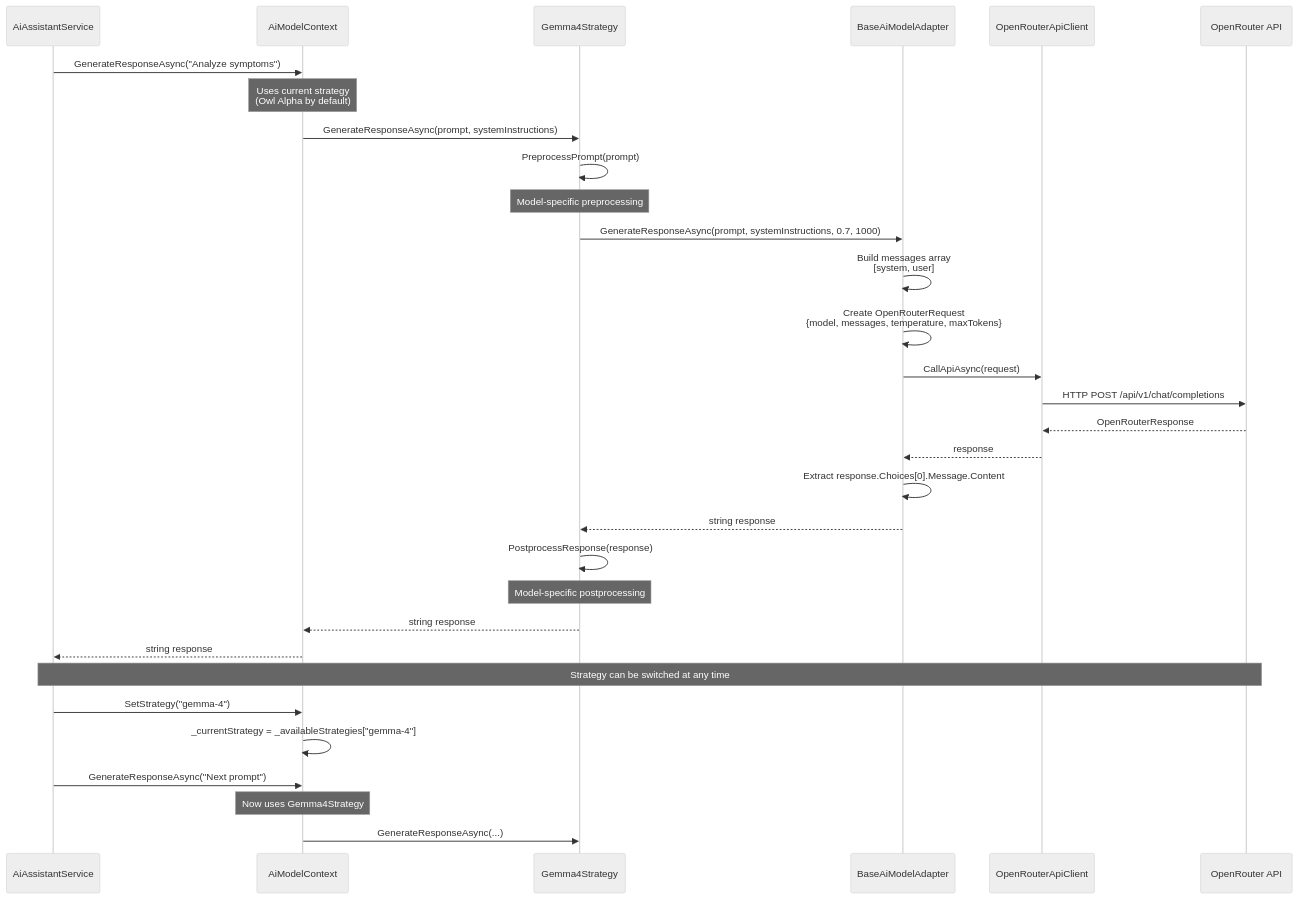
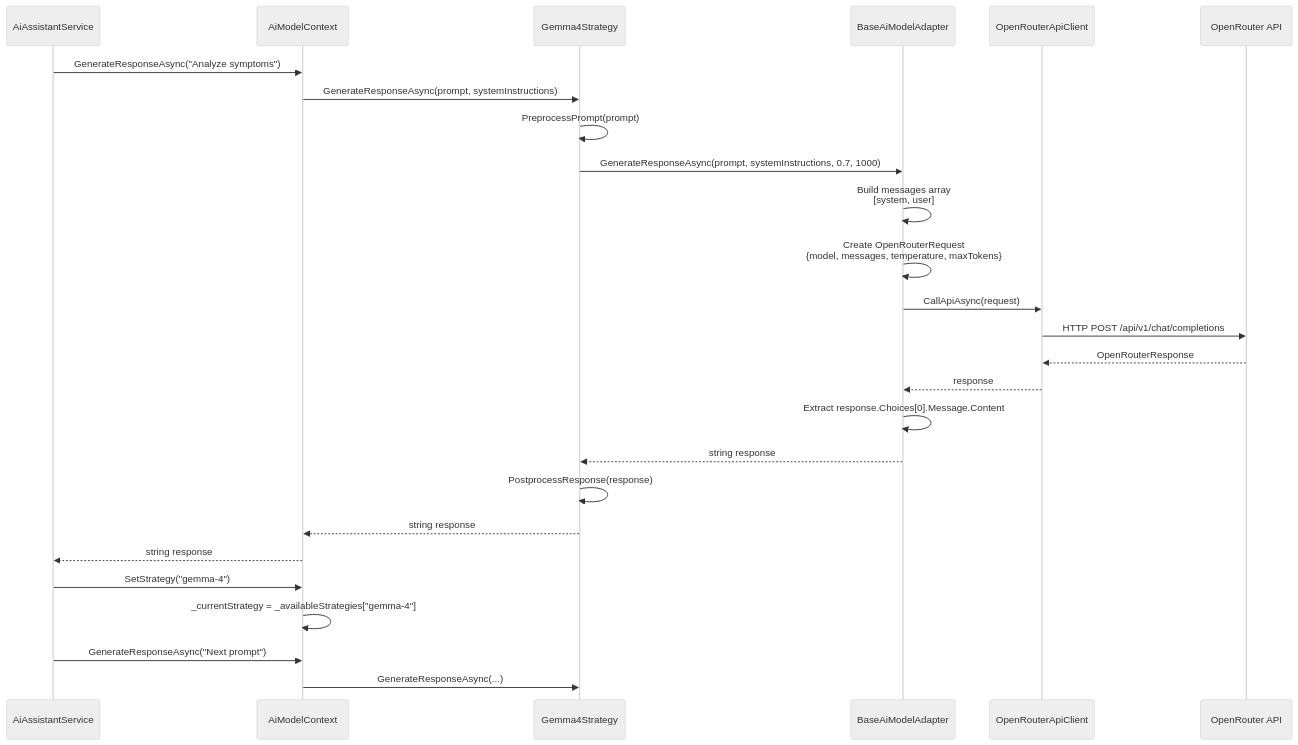
The eighth of 12 diagrams in DESIGN_PATTERNS_PROFESSIONAL.md (WeiXuan-C/ai-clinic), drawn with Mermaid (neutral theme) before and after one commit. The commit also changed other lines of this file, not shown here.

````diff
--- a/DESIGN_PATTERNS_PROFESSIONAL.md
+++ b/DESIGN_PATTERNS_PROFESSIONAL.md
@@ -1173,48 +1276,41 @@
 ```mermaid
 sequenceDiagram
     participant Client as AiAssistantService
     participant Context as AiModelContext
     participant Strategy as Gemma4Strategy
     participant Adapter as BaseAiModelAdapter
     participant API as OpenRouterApiClient
     participant External as OpenRouter API
     
     Client->>Context: GenerateResponseAsync("Analyze symptoms")
     
-    Note over Context: Uses current strategy<br/>(Owl Alpha by default)
-    
     Context->>Strategy: GenerateResponseAsync(prompt, systemInstructions)
     
     Strategy->>Strategy: PreprocessPrompt(prompt)
-    Note over Strategy: Model-specific preprocessing
     
     Strategy->>Adapter: GenerateResponseAsync(prompt, systemInstructions, 0.7, 1000)
     
     Adapter->>Adapter: Build messages array<br/>[system, user]
     
     Adapter->>Adapter: Create OpenRouterRequest<br/>{model, messages, temperature, maxTokens}
     
     Adapter->>API: CallApiAsync(request)
     API->>External: HTTP POST /api/v1/chat/completions
     External-->>API: OpenRouterResponse
     API-->>Adapter: response
     
     Adapter->>Adapter: Extract response.Choices[0].Message.Content
     
     Adapter-->>Strategy: string response
     
     Strategy->>Strategy: PostprocessResponse(response)
-    Note over Strategy: Model-specific postprocessing
     
     Strategy-->>Context: string response
     Context-->>Client: string response
-    
-    Note over Client,External: Strategy can be switched at any time
     
     Client->>Context: SetStrategy("gemma-4")
     Context->>Context: _currentStrategy = _availableStrategies["gemma-4"]
     
     Client->>Context: GenerateResponseAsync("Next prompt")
-    Note over Context: Now uses Gemma4Strategy
     Context->>Strategy: GenerateResponseAsync(...)
 ```
````
